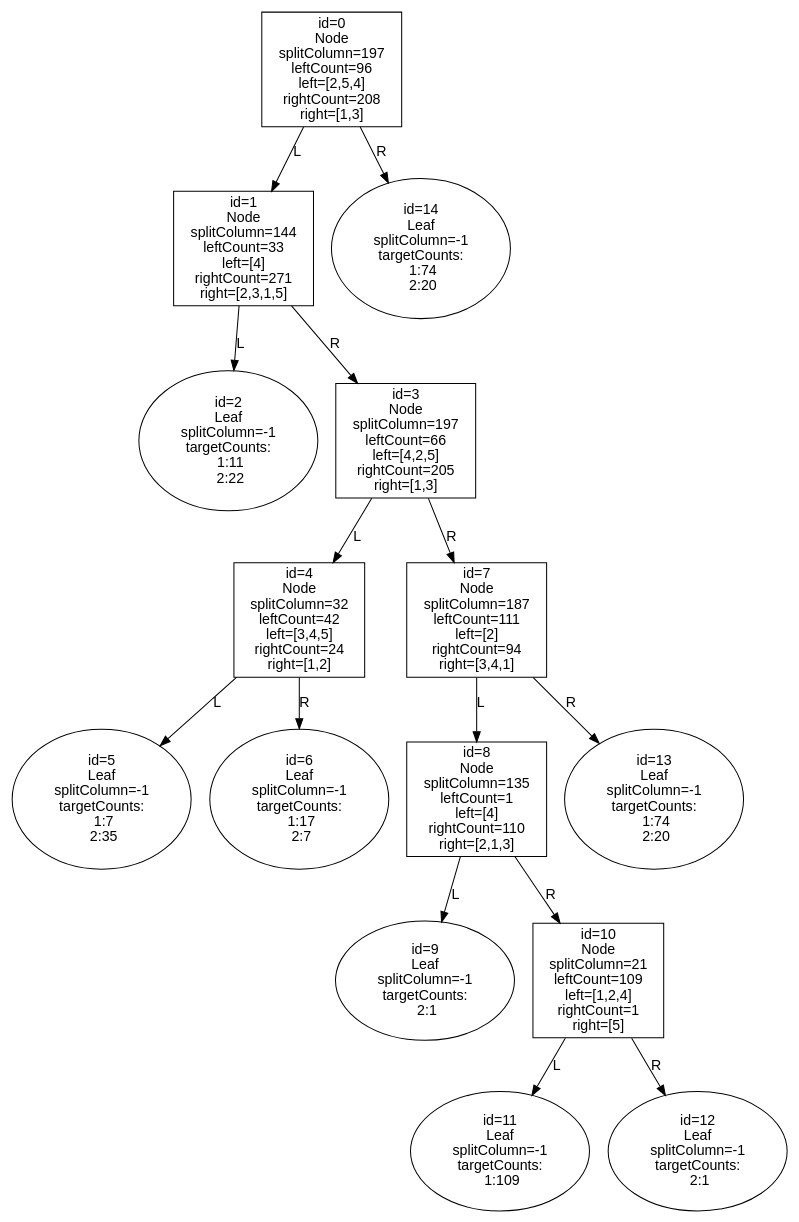
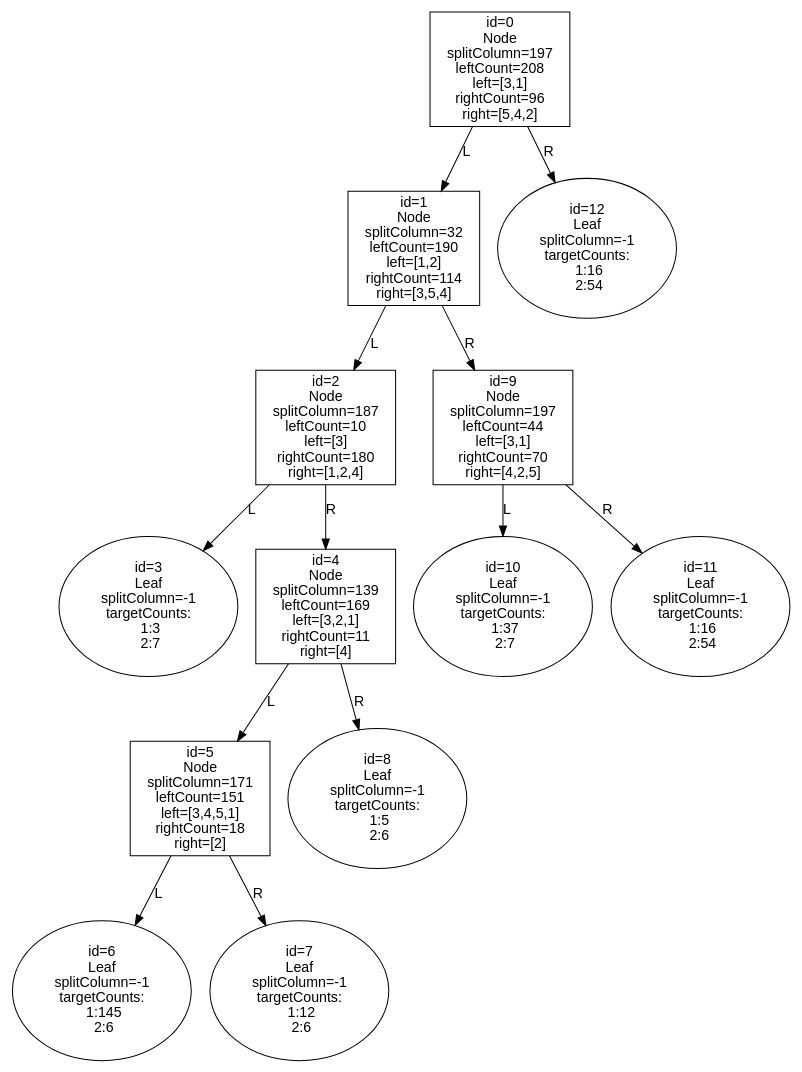
The diagram in modelbuilder_tree.dot (nathanjrussell/ModelBuilder), drawn with Graphviz before and after one commit. The commit also changed 1 other file, not shown here.

```diff
--- a/modelbuilder_tree.dot
+++ b/modelbuilder_tree.dot
@@ -1,34 +1,30 @@
 digraph LeftTree {
   rankdir=TB;
   node [shape=box, fontname="Helvetica"];
   edge [fontname="Helvetica"];
-  n0 [shape=box, label="id=0\nNode\nsplitColumn=197\nleftCount=96\nleft=[2,5,4]\nrightCount=208\nright=[1,3]"];
-  n1 [shape=box, label="id=1\nNode\nsplitColumn=144\nleftCount=33\nleft=[4]\nrightCount=271\nright=[2,3,1,5]"];
-  n2 [shape=ellipse, label="id=2\nLeaf\nsplitColumn=-1\ntargetCounts:\n  1:11\n  2:22"];
-  n3 [shape=box, label="id=3\nNode\nsplitColumn=197\nleftCount=66\nleft=[4,2,5]\nrightCount=205\nright=[1,3]"];
-  n4 [shape=box, label="id=4\nNode\nsplitColumn=32\nleftCount=42\nleft=[3,4,5]\nrightCount=24\nright=[1,2]"];
-  n5 [shape=ellipse, label="id=5\nLeaf\nsplitColumn=-1\ntargetCounts:\n  1:7\n  2:35"];
-  n6 [shape=ellipse, label="id=6\nLeaf\nsplitColumn=-1\ntargetCounts:\n  1:17\n  2:7"];
-  n7 [shape=box, label="id=7\nNode\nsplitColumn=187\nleftCount=111\nleft=[2]\nrightCount=94\nright=[3,4,1]"];
-  n8 [shape=box, label="id=8\nNode\nsplitColumn=135\nleftCount=1\nleft=[4]\nrightCount=110\nright=[2,1,3]"];
-  n9 [shape=ellipse, label="id=9\nLeaf\nsplitColumn=-1\ntargetCounts:\n  2:1"];
-  n10 [shape=box, label="id=10\nNode\nsplitColumn=21\nleftCount=109\nleft=[1,2,4]\nrightCount=1\nright=[5]"];
-  n11 [shape=ellipse, label="id=11\nLeaf\nsplitColumn=-1\ntargetCounts:\n  1:109"];
-  n12 [shape=ellipse, label="id=12\nLeaf\nsplitColumn=-1\ntargetCounts:\n  2:1"];
-  n13 [shape=ellipse, label="id=13\nLeaf\nsplitColumn=-1\ntargetCounts:\n  1:74\n  2:20"];
-  n14 [shape=ellipse, label="id=14\nLeaf\nsplitColumn=-1\ntargetCounts:\n  1:74\n  2:20"];
+  n0 [shape=box, label="id=0\nNode\nsplitColumn=197\nleftCount=208\nleft=[3,1]\nrightCount=96\nright=[5,4,2]"];
+  n1 [shape=box, label="id=1\nNode\nsplitColumn=32\nleftCount=190\nleft=[1,2]\nrightCount=114\nright=[3,5,4]"];
+  n2 [shape=box, label="id=2\nNode\nsplitColumn=187\nleftCount=10\nleft=[3]\nrightCount=180\nright=[1,2,4]"];
+  n3 [shape=ellipse, label="id=3\nLeaf\nsplitColumn=-1\ntargetCounts:\n  1:3\n  2:7"];
+  n4 [shape=box, label="id=4\nNode\nsplitColumn=139\nleftCount=169\nleft=[3,2,1]\nrightCount=11\nright=[4]"];
+  n5 [shape=box, label="id=5\nNode\nsplitColumn=171\nleftCount=151\nleft=[3,4,5,1]\nrightCount=18\nright=[2]"];
+  n6 [shape=ellipse, label="id=6\nLeaf\nsplitColumn=-1\ntargetCounts:\n  1:145\n  2:6"];
+  n7 [shape=ellipse, label="id=7\nLeaf\nsplitColumn=-1\ntargetCounts:\n  1:12\n  2:6"];
+  n8 [shape=ellipse, label="id=8\nLeaf\nsplitColumn=-1\ntargetCounts:\n  1:5\n  2:6"];
+  n9 [shape=box, label="id=9\nNode\nsplitColumn=197\nleftCount=44\nleft=[3,1]\nrightCount=70\nright=[4,2,5]"];
+  n10 [shape=ellipse, label="id=10\nLeaf\nsplitColumn=-1\ntargetCounts:\n  1:37\n  2:7"];
+  n11 [shape=ellipse, label="id=11\nLeaf\nsplitColumn=-1\ntargetCounts:\n  1:16\n  2:54"];
+  n12 [shape=ellipse, label="id=12\nLeaf\nsplitColumn=-1\ntargetCounts:\n  1:16\n  2:54"];
   n0 -> n1 [label="L"];
-  n0 -> n14 [label="R"];
+  n0 -> n12 [label="R"];
   n1 -> n2 [label="L"];
-  n1 -> n3 [label="R"];
-  n3 -> n4 [label="L"];
-  n3 -> n7 [label="R"];
+  n1 -> n9 [label="R"];
+  n2 -> n3 [label="L"];
+  n2 -> n4 [label="R"];
   n4 -> n5 [label="L"];
-  n4 -> n6 [label="R"];
-  n7 -> n8 [label="L"];
-  n7 -> n13 [label="R"];
-  n8 -> n9 [label="L"];
-  n8 -> n10 [label="R"];
-  n10 -> n11 [label="L"];
-  n10 -> n12 [label="R"];
+  n4 -> n8 [label="R"];
+  n5 -> n6 [label="L"];
+  n5 -> n7 [label="R"];
+  n9 -> n10 [label="L"];
+  n9 -> n11 [label="R"];
 }
```
